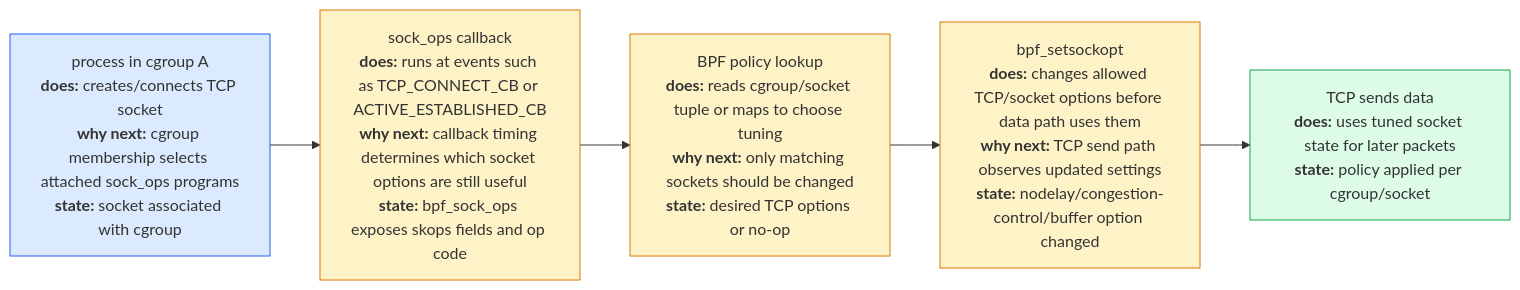
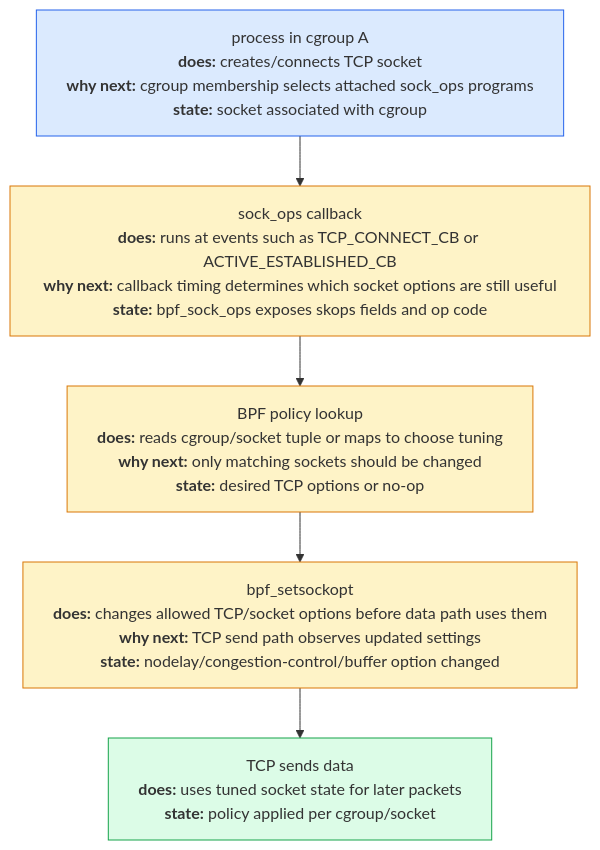
The diagram in ebpf/src/diagrams/src/day19_sockops_flow.mmd (biefy/books), drawn with Mermaid before and after one commit. The commit also changed 208 other files, not shown here.

First line of the commit message:
books: re-render diagrams vertically so text ≈ body size (#64)

```diff
--- a/ebpf/src/diagrams/src/day19_sockops_flow.mmd
+++ b/ebpf/src/diagrams/src/day19_sockops_flow.mmd
@@ -1,15 +1,20 @@
-flowchart LR
+---
+config:
+  flowchart:
+    wrappingWidth: 520
+---
+flowchart TD
     Proc["process in cgroup A<br/><b>does:</b> creates/connects TCP socket<br/><b>why next:</b> cgroup membership selects attached sock_ops programs<br/><b>state:</b> socket associated with cgroup"]
     Callback["sock_ops callback<br/><b>does:</b> runs at events such as TCP_CONNECT_CB or ACTIVE_ESTABLISHED_CB<br/><b>why next:</b> callback timing determines which socket options are still useful<br/><b>state:</b> bpf_sock_ops exposes skops fields and op code"]
     Policy["BPF policy lookup<br/><b>does:</b> reads cgroup/socket tuple or maps to choose tuning<br/><b>why next:</b> only matching sockets should be changed<br/><b>state:</b> desired TCP options or no-op"]
     SetOpt["bpf_setsockopt<br/><b>does:</b> changes allowed TCP/socket options before data path uses them<br/><b>why next:</b> TCP send path observes updated settings<br/><b>state:</b> nodelay/congestion-control/buffer option changed"]
     Send["TCP sends data<br/><b>does:</b> uses tuned socket state for later packets<br/><b>state:</b> policy applied per cgroup/socket"]
 
     Proc --> Callback --> Policy --> SetOpt --> Send
 
     classDef in fill:#dbeafe,stroke:#2563eb
     classDef hot fill:#fef3c7,stroke:#d97706
     classDef ok fill:#dcfce7,stroke:#16a34a
     class Proc in
     class Callback,Policy,SetOpt hot
     class Send ok
```
